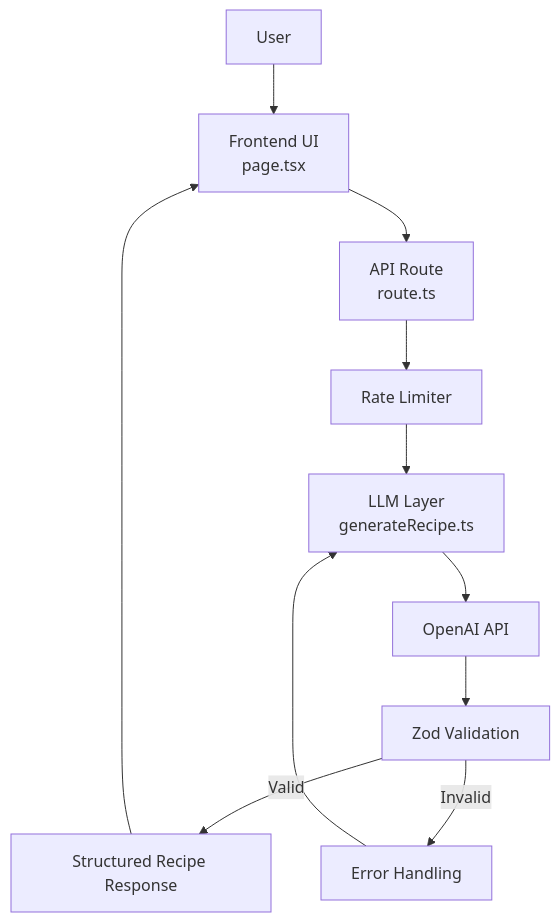
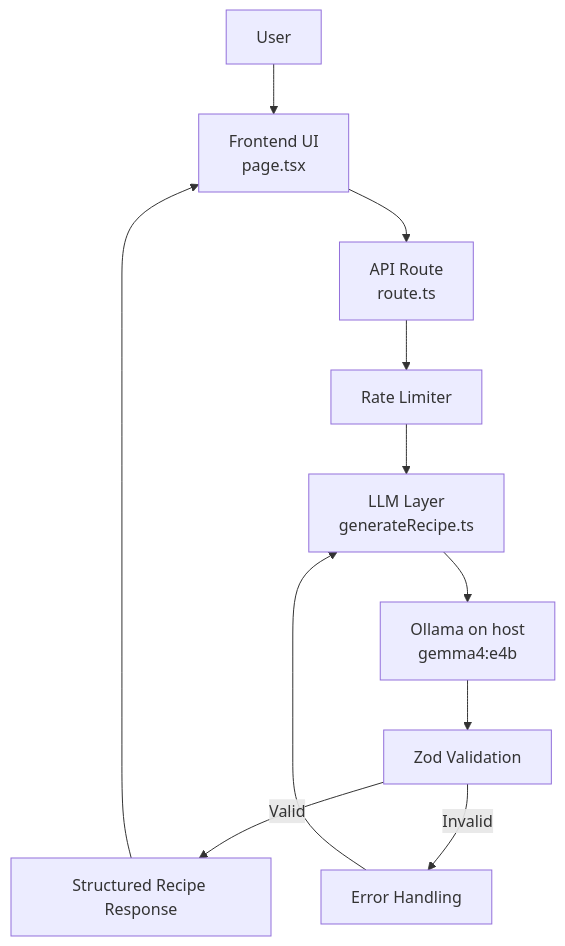
The diagram in docs/architecture.md (OddKRop/Oppskriftgenerator), drawn with Mermaid before and after one commit. The commit also changed other lines of this file and 2 other files, not shown here.

````diff
--- a/docs/architecture.md
+++ b/docs/architecture.md
@@ -208,36 +230,36 @@
 ```mermaid
 flowchart TD
 
 User[User]
 
 UI[Frontend UI<br/>page.tsx]
 
 API[API Route<br/>route.ts]
 
 RateLimit[Rate Limiter]
 
 LLM[LLM Layer<br/>generateRecipe.ts]
 
-OpenAI[OpenAI API]
+Ollama[Ollama on host<br/>gemma4:e4b]
 
 Validation[Zod Validation]
 
 Response[Structured Recipe Response]
 
 Error[Error Handling]
 
 User --> UI
 UI --> API
 
 API --> RateLimit
 RateLimit --> LLM
 
-LLM --> OpenAI
-OpenAI --> Validation
+LLM --> Ollama
+Ollama --> Validation
 
 Validation -->|Valid| Response
 Response --> UI
 
 Validation -->|Invalid| Error
 Error --> LLM
 ```
````
